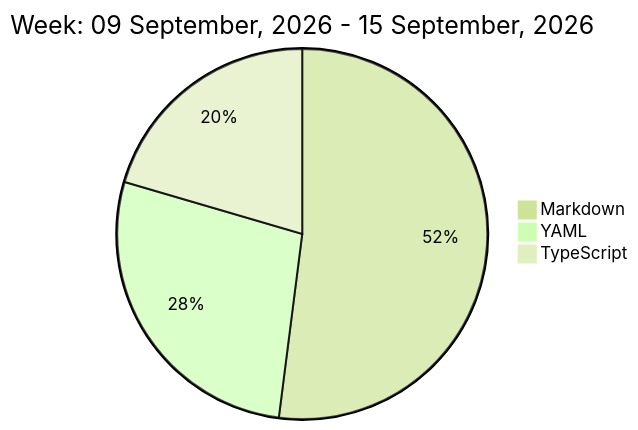
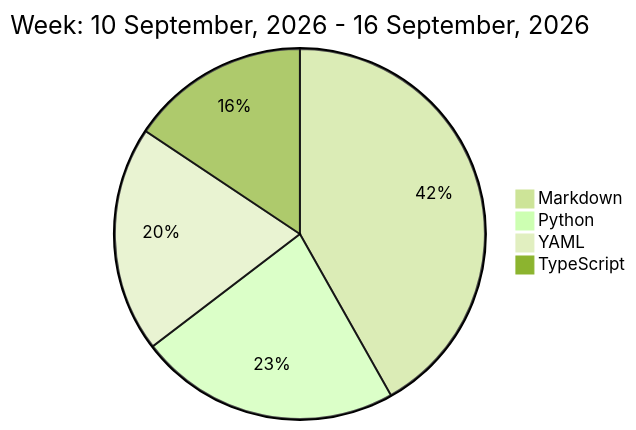
The diagram in README.md (liubin95/liubin95), drawn with Mermaid (forest theme) before and after one commit.

Commit message:
Updated the Graph with new Metrics

````diff
--- a/README.md
+++ b/README.md
@@ -32,7 +32,8 @@
 ```mermaid
  pie
-title Week: 09 September, 2026 - 15 September, 2026
- "Markdown" : 6.05
- "YAML" : 3.2
- "TypeScript" : 2.38
+title Week: 10 September, 2026 - 16 September, 2026
+ "Markdown" : 6.42
+ "Python" : 3.5
+ "YAML" : 3.03
+ "TypeScript" : 2.4
 ```
````
